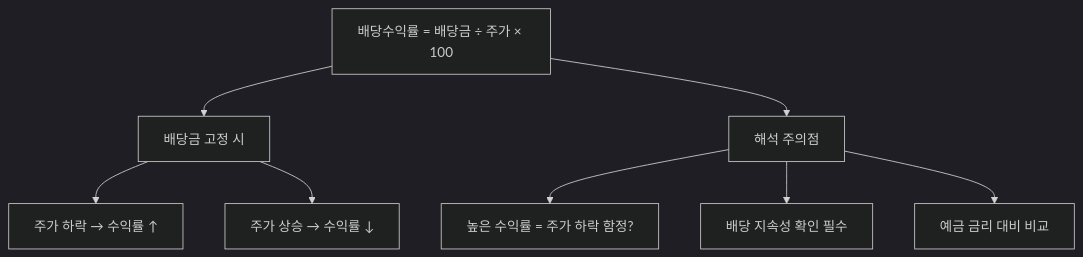
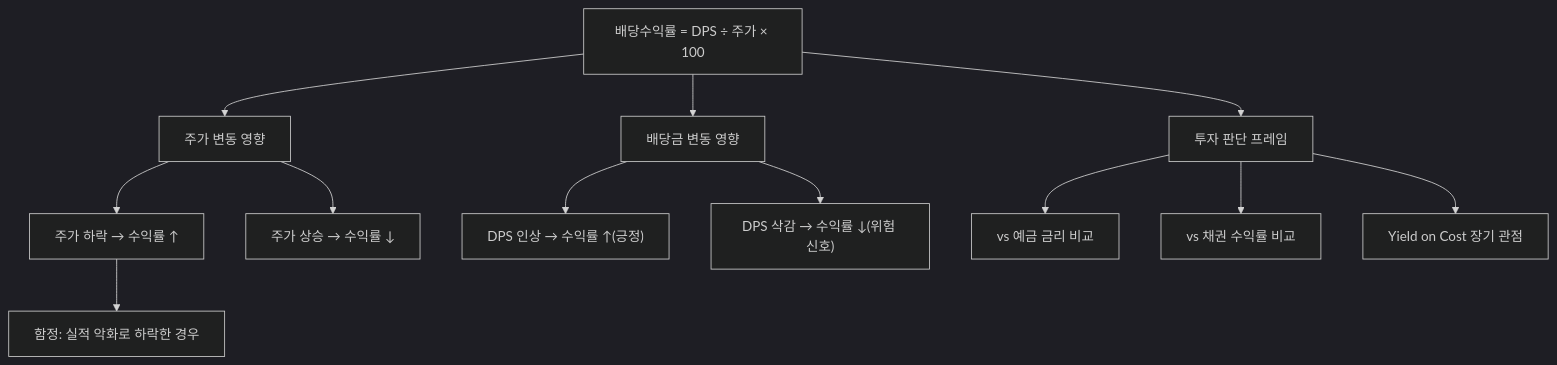
The diagram in content/stock-terms/ko/level-06-events/dividend-yield.md (yeongseon/stock-visual-note), drawn with Mermaid (dark theme) before and after one commit. The commit also changed other lines of this file, not shown here.

Commit message:
content: rewrite dividend-yield.md — 코리아텔레콤 비교 시나리오, 12노드 Mermaid, YoC·밴드 분석 추가

````diff
--- a/content/stock-terms/ko/level-06-events/dividend-yield.md
+++ b/content/stock-terms/ko/level-06-events/dividend-yield.md
@@ -39,11 +47,15 @@
 ```mermaid
 graph TD
-    A["배당수익률 = 배당금 ÷ 주가 × 100"]
-    A --> B["배당금 고정 시"]
-    A --> C["해석 주의점"]
+    A["배당수익률 = DPS ÷ 주가 × 100"]
+    A --> B["주가 변동 영향"]
+    A --> C["배당금 변동 영향"]
+    A --> D["투자 판단 프레임"]
     B --> B1["주가 하락 → 수익률 ↑"]
     B --> B2["주가 상승 → 수익률 ↓"]
-    C --> C1["높은 수익률 = 주가 하락 함정?"]
-    C --> C2["배당 지속성 확인 필수"]
-    C --> C3["예금 금리 대비 비교"]
+    B1 --> B3["함정: 실적 악화로 하락한 경우"]
+    C --> C1["DPS 인상 → 수익률 ↑(긍정)"]
+    C --> C2["DPS 삭감 → 수익률 ↓(위험 신호)"]
+    D --> D1["vs 예금 금리 비교"]
+    D --> D2["vs 채권 수익률 비교"]
+    D --> D3["Yield on Cost 장기 관점"]
 ```
````
